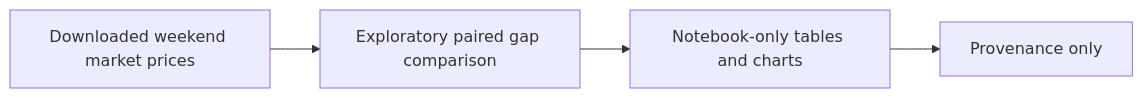
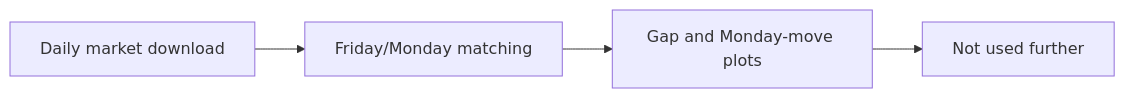
One commit to Ferreter/Dissertation changed the diagram in docs/notebooks/legacy/05_yfinance_weekend_gap_analysis.md. Above: the diagram before and after it, drawn with Mermaid. The commit also changed other lines of this file and 27 other files, not shown here.

````diff
--- a/docs/notebooks/legacy/05_yfinance_weekend_gap_analysis.md
+++ b/docs/notebooks/legacy/05_yfinance_weekend_gap_analysis.md
@@ -12,6 +13,6 @@
 ```mermaid
 flowchart LR
-    A["Downloaded weekend market prices"] --> B["Exploratory paired gap comparison"]
-    B --> C["Notebook-only tables and charts"]
-    C --> D["Provenance only"]
+    A["Daily market download"] --> B["Friday/Monday matching"]
+    B --> C["Gap and Monday-move plots"]
+    C --> D["Not used further"]
 ```
````
